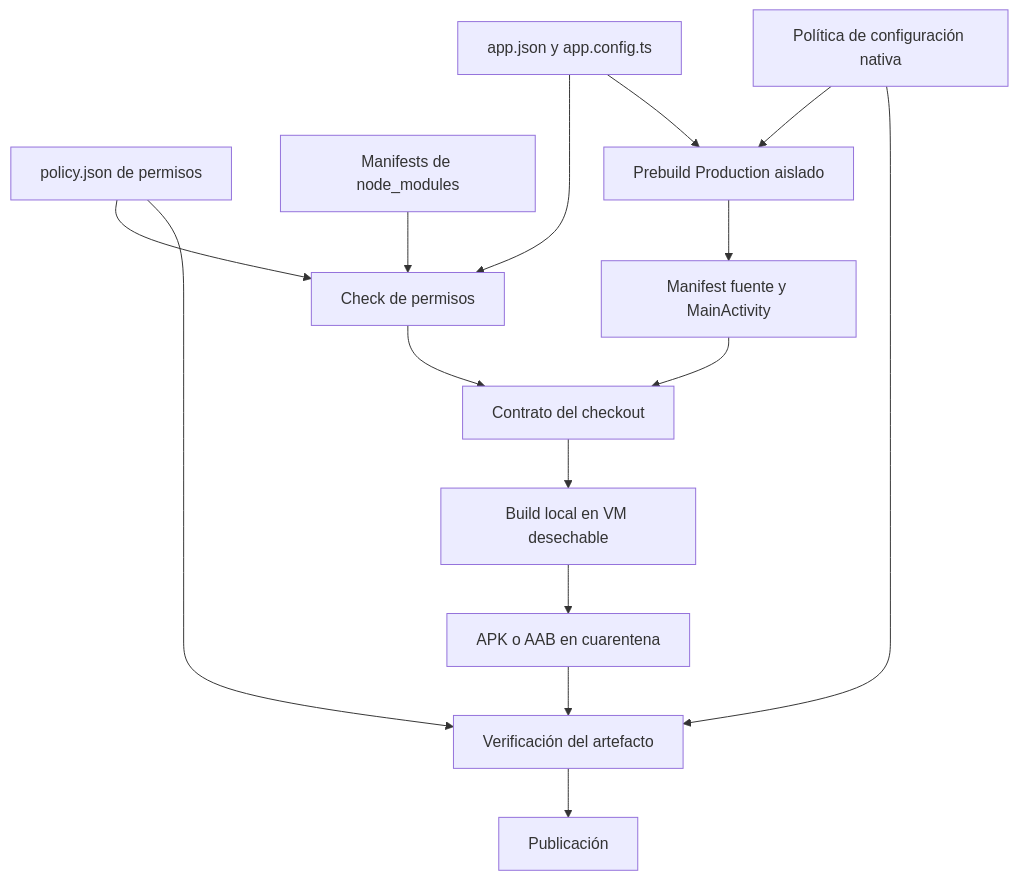
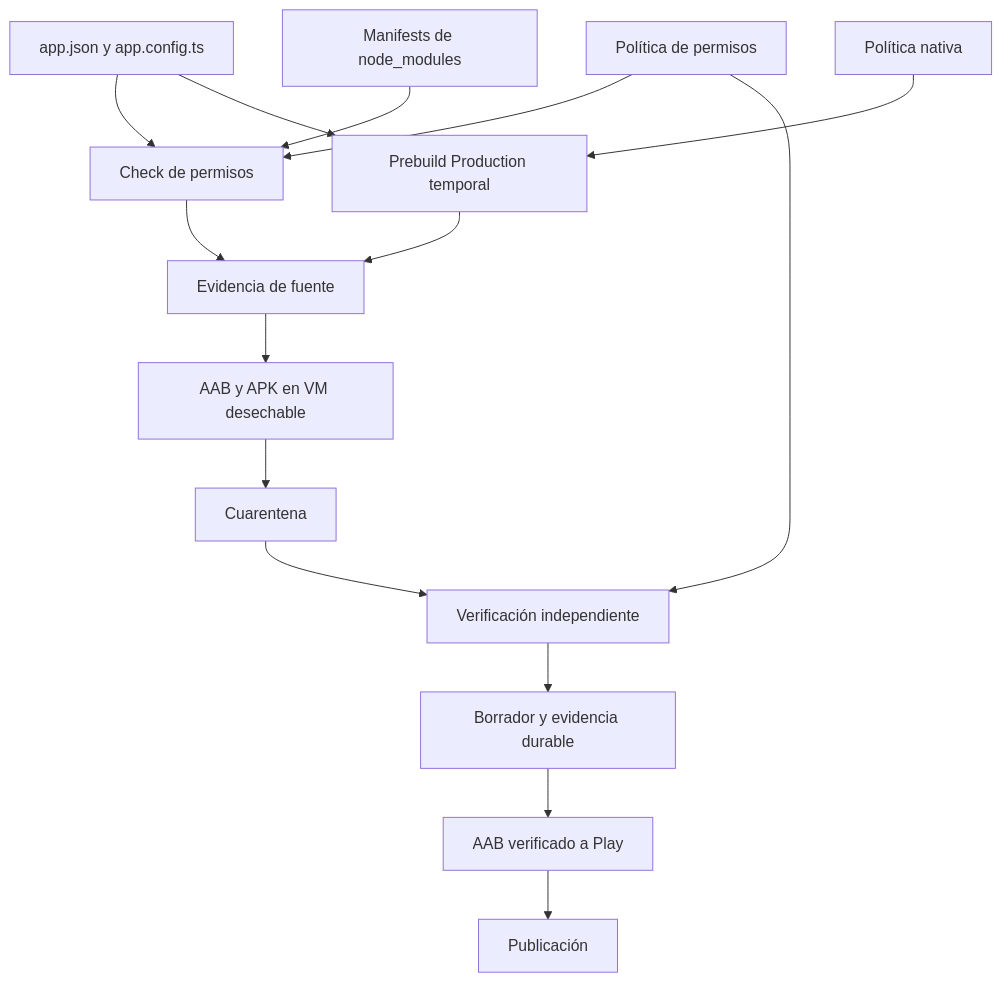
One commit to maximofn/gymnasia changed the diagram in openwiki/operations/android-permissions.md. Above: the diagram before and after it, drawn with Mermaid. The commit also changed other lines of this file and 41 other files, not shown here.

````diff
--- a/openwiki/operations/android-permissions.md
+++ b/openwiki/operations/android-permissions.md
@@ -65,17 +64,17 @@
 ```mermaid
 flowchart TD
-    Config["app.json y app.config.ts"] --> PermissionCheck["Check de permisos"]
-    PermissionPolicy["policy.json de permisos"] --> PermissionCheck
-    Dependencies["Manifests de node_modules"] --> PermissionCheck
-    Config --> Prebuild["Prebuild Production aislado"]
-    NativePolicy["Política de configuración nativa"] --> Prebuild
-    Prebuild --> SourceManifest["Manifest fuente y MainActivity"]
-    PermissionCheck --> SourceGate["Contrato del checkout"]
-    SourceManifest --> SourceGate
-    SourceGate --> LocalBuild["Build local en VM desechable"]
-    LocalBuild --> Quarantine["APK o AAB en cuarentena"]
-    Quarantine --> ArtifactCheck["Verificación del artefacto"]
-    PermissionPolicy --> ArtifactCheck
-    NativePolicy --> ArtifactCheck
-    ArtifactCheck --> Release["Publicación"]
+    Config["app.json y app.config.ts"] --> Scan["Check de permisos"]
+    Policy["Política de permisos"] --> Scan
+    Dependencies["Manifests de node_modules"] --> Scan
+    Config --> Prebuild["Prebuild Production temporal"]
+    NativePolicy["Política nativa"] --> Prebuild
+    Scan --> SourceGate["Evidencia de fuente"]
+    Prebuild --> SourceGate
+    SourceGate --> Build["AAB y APK en VM desechable"]
+    Build --> Quarantine["Cuarentena"]
+    Quarantine --> Verify["Verificación independiente"]
+    Policy --> Verify
+    Verify --> Draft["Borrador y evidencia durable"]
+    Draft --> Play["AAB verificado a Play"]
+    Play --> Release["Publicación"]
 ```
````
